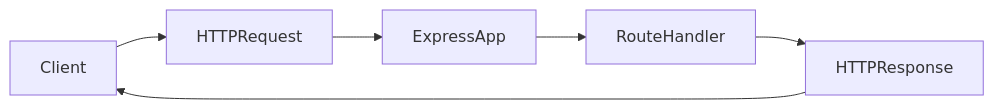
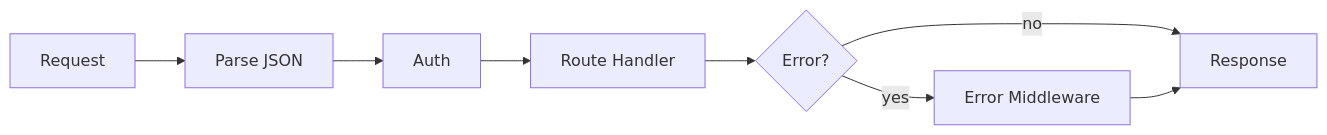
One commit to N-Dave-08/fs-course-backend changed the second of 2 diagrams in level-01-express-basics/lesson-01-introduction.md. Above: the diagram before and after it, drawn with Mermaid. The commit also changed other lines of this file and 16 other files, not shown here.

````diff
--- a/level-01-express-basics/lesson-01-introduction.md
+++ b/level-01-express-basics/lesson-01-introduction.md
@@ -23,8 +123,10 @@
 ```mermaid
 flowchart LR
-  client[Client] --> req[HTTPRequest]
-  req --> express[ExpressApp]
-  express --> route[RouteHandler]
-  route --> res[HTTPResponse]
-  res --> client
+  req[Request] --> parse[Parse JSON]
+  parse --> auth[Auth]
+  auth --> route[Route Handler]
+  route --> err{Error?}
+  err -->|no| res[Response]
+  err -->|yes| emw[Error Middleware]
+  emw --> res
 ```
````
